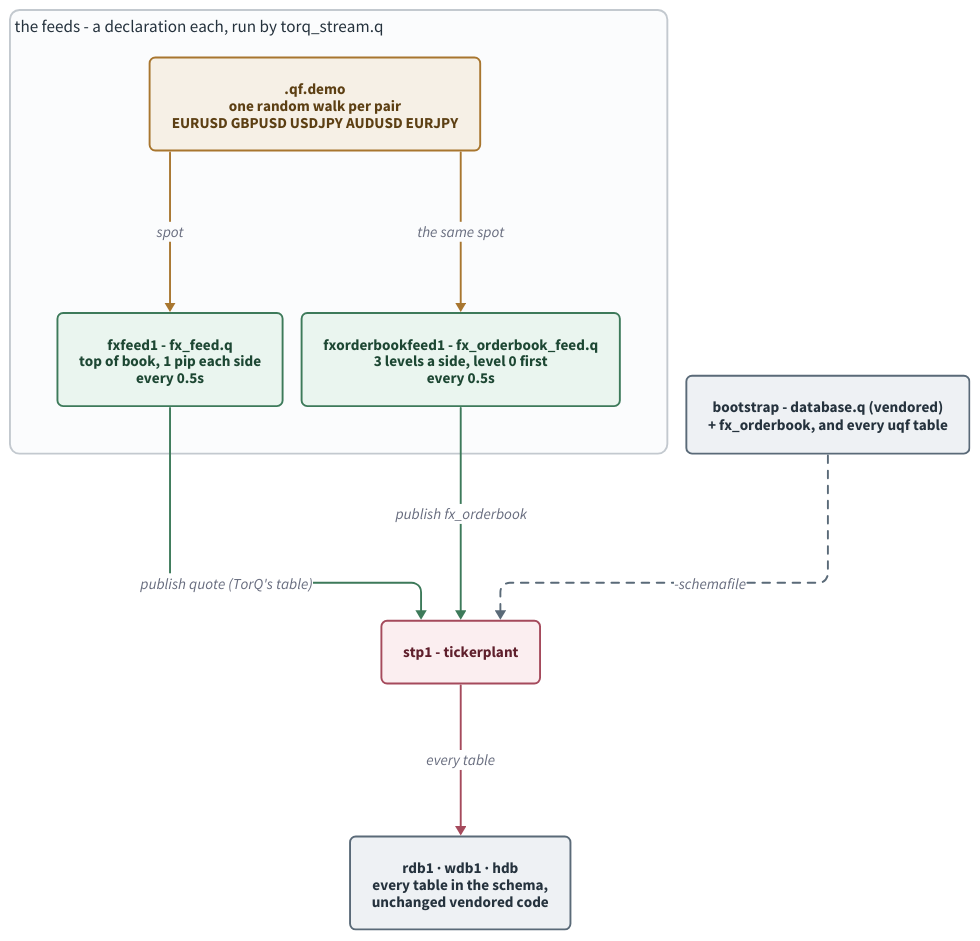
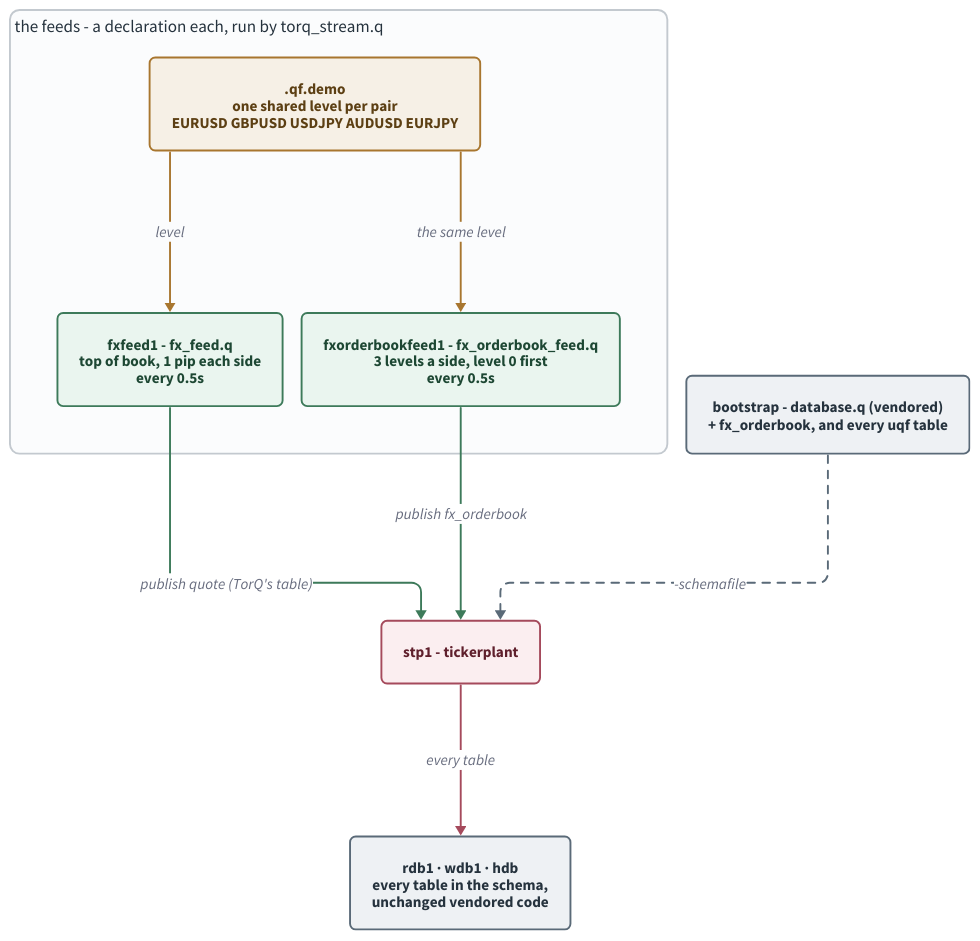
Before and after one commit to kwojdalski/uqf: the diagram in docs/diagrams/synthetic-feeds.d2, drawn with D2. The commit also changed 13 other files, not shown here.

First line of the commit message:
demo feeds: one shared level per pair instead of a walk per source

```diff
--- a/docs/diagrams/synthetic-feeds.d2
+++ b/docs/diagrams/synthetic-feeds.d2
@@ -1,51 +1,52 @@
 # synthetic-feeds.d2 - fxfeed1 and fxorderbookfeed1, the two feeds that
 # invent the demo's FX market.
 #
 # Rendered by `scripts/generate/derive.py diagrams`, which CI runs with
 # --check. Embedded from docs/services/synthetic-feeds.md.
 #
 # WHAT THIS DIAGRAM IS FOR. Two things the page argues: a feed is a
 # DECLARATION run by one generic runner, not a script of its own; and a new
 # table reached the HDB with no change to rdb.q, wdb.q or hdb.q - only a
-# schema line in the generated database.q. Both feeds walk the same .qf.demo
-# spot, so the top of book and the depth agree on the mid.
+# schema line in the generated database.q. Both feeds read the same .qf.demo
+# level, a function of the clock, so the top of book and the depth agree on
+# the mid (#2562).
 
 direction: down
 
 vars: {
   d2-config: {
     layout-engine: elk
     pad: 40
   }
 }
 
 # The service diagrams' palette (fx-positions-service.d2), so
 # the set reads as one system: light fills with dark text in both themes.
 classes: {
   ext: {style: {fill: "#f4f1ea"; stroke: "#8a7f6a"; font-color: "#3d3527"; border-radius: 14}}
   py: {style: {fill: "#f3eefb"; stroke: "#6f4aa5"; font-color: "#3a1e5f"; border-radius: 6}}
   feed: {style: {fill: "#f6f0e6"; stroke: "#a8762f"; font-color: "#5c3f13"; border-radius: 6}}
   job: {style: {fill: "#eaf5ef"; stroke: "#3d7a5a"; font-color: "#1d4733"; border-radius: 6}}
   plant: {style: {fill: "#fbeef0"; stroke: "#a54a5c"; font-color: "#5f1f2c"; border-radius: 6}}
   table: {style: {fill: "#eef3fb"; stroke: "#4a6fa5"; font-color: "#1e3a5f"; border-radius: 6}}
   store: {style: {fill: "#eef1f4"; stroke: "#5a6a78"; font-color: "#25323d"; border-radius: 6}}
   band: {label.near: top-left; style: {fill: "#fbfcfd"; stroke: "#c3c9cf"; font-color: "#25323d"; stroke-width: 2; border-radius: 10; font-size: 18}}
 }
 
 decl: "the feeds - a declaration each, run by torq_stream.q" {
   class: band
-  synth: ".qf.demo\none random walk per pair\nEURUSD GBPUSD USDJPY AUDUSD EURJPY" { class: feed }
+  synth: ".qf.demo\none shared level per pair\nEURUSD GBPUSD USDJPY AUDUSD EURJPY" { class: feed }
   fx: "fxfeed1 - fx_feed.q\ntop of book, 1 pip each side\nevery 0.5s" { class: job }
   depth: "fxorderbookfeed1 - fx_orderbook_feed.q\n3 levels a side, level 0 first\nevery 0.5s" { class: job }
-  synth -> fx: "spot" { style.stroke: "#a8762f" }
-  synth -> depth: "the same spot" { style.stroke: "#a8762f" }
+  synth -> fx: "level" { style.stroke: "#a8762f" }
+  synth -> depth: "the same level" { style.stroke: "#a8762f" }
 }
 
 schema: "bootstrap - database.q (vendored)\n+ fx_orderbook, and every uqf table" { class: store }
 stp1: "stp1 - tickerplant" { class: plant }
 storage: "rdb1 · wdb1 · hdb\nevery table in the schema,\nunchanged vendored code" { class: store }
 
 decl.fx -> stp1: "publish quote (TorQ's table)" { style.stroke: "#3d7a5a" }
 decl.depth -> stp1: "publish fx_orderbook" { style.stroke: "#3d7a5a" }
 schema -> stp1: "-schemafile" { style.stroke: "#5a6a78"; style.stroke-dash: 4 }
 stp1 -> storage: "every table" { style.stroke: "#a54a5c" }
```
